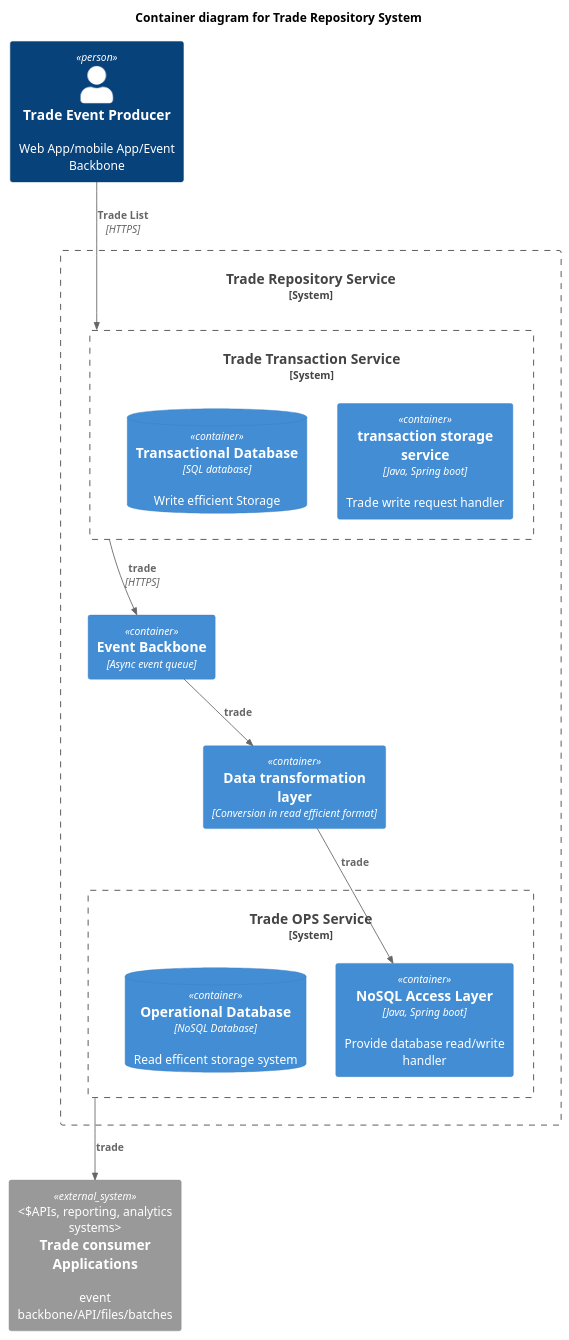
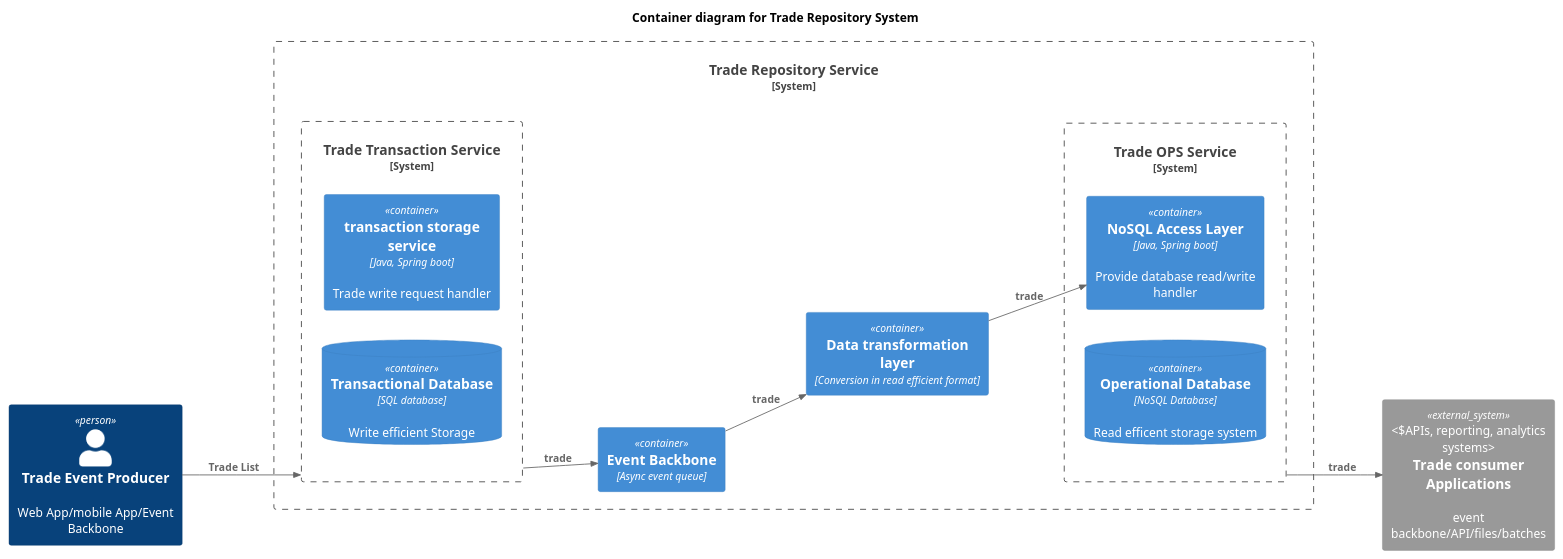
Before and after one commit to rupalikgaikwad/TradeRepositoryDemo: the diagram in TradeRepo_component_diagram.puml, drawn with PlantUML.

Commit message:
Update deployment actions file

```diff
--- a/TradeRepo_component_diagram.puml
+++ b/TradeRepo_component_diagram.puml
@@ -1,31 +1,29 @@
 @startuml
 !include https://raw.githubusercontent.com/plantuml-stdlib/C4-PlantUML/master/C4_Container.puml
 ' uncomment the following line and comment the first to use locally
 ' !include C4_Container.puml
-
+left to right direction
 
 title Container diagram for Trade Repository System
-left to right direction
 Person(customer, "Trade Event Producer", "Web App/mobile App/Event Backbone")
 System_Boundary(c1, "Trade Repository Service") {
-  left to right direction
   System_Boundary(c2, "Trade Transaction Service") {
-    top to bottom direction
     Container(writer1, "transaction storage service", "Java, Spring boot", "Trade write request handler")
     ContainerDb(sqlDB, "Transactional Database", "SQL database", "Write efficient Storage")
   }
   Container(eve,"Event Backbone","Async event queue")
   Container(etl,"Data transformation layer","Conversion in read efficient format")
+
   System_Boundary(c3, "Trade OPS Service") {
     Container(writer2, "NoSQL Access Layer", "Java, Spring boot", "Provide database read/write handler")
     ContainerDb(NoSQLDB, "Operational Database", "NoSQL Database", "Read efficent storage system")
   }
 }
 System_Ext(consumer, "Trade consumer Applications","event backbone/API/files/batches", "APIs, reporting, analytics systems")
 
-Rel(customer, c2, "Trade List", "HTTPS")
-Rel(c2, eve, "trade", "HTTPS")
+Rel(customer, c2, "Trade List")
+Rel(c2, eve, "trade")
 Rel(eve, etl, "trade")
 Rel(etl, writer2, "trade")
 Rel(c3, consumer, "trade")
 @enduml
```
